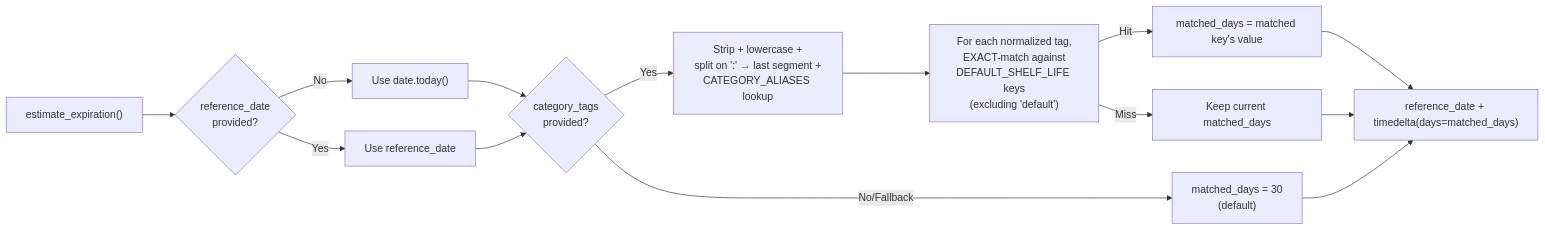
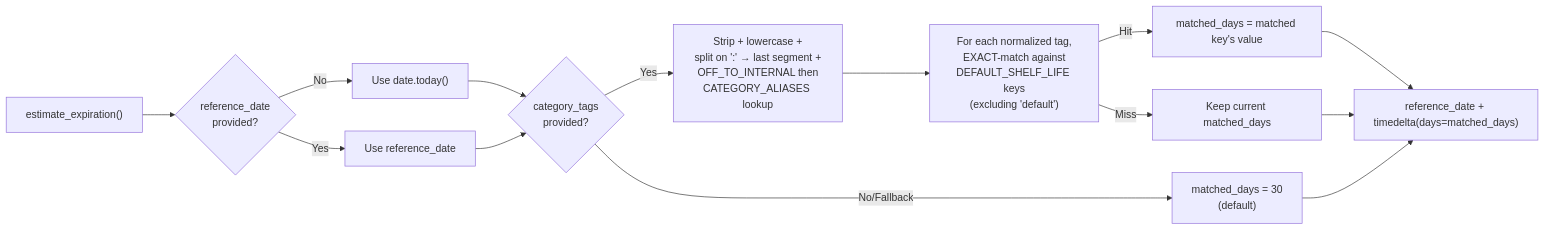
Before and after one commit to lorecanc/dispensapp: the diagram in wiki/modules/backend-service-expiration.md, drawn with Mermaid. The commit also changed other lines of this file and 33 other files, not shown here.

````diff
--- a/wiki/modules/backend-service-expiration.md
+++ b/wiki/modules/backend-service-expiration.md
@@ -54,16 +54,16 @@
 ```mermaid
 graph LR
     Start["estimate_expiration()"] --> RefDate{"reference_date<br>provided?"}
     RefDate -- No --> Today["Use date.today()"]
     RefDate -- Yes --> UseRef["Use reference_date"]
     Today --> Tags{"category_tags<br>provided?"}
     UseRef --> Tags
     Tags -- No/Fallback --> Default["matched_days = 30<br>(default)"]
-    Tags -- Yes --> Normalize["Strip + lowercase +<br>split on ':' → last segment +<br>CATEGORY_ALIASES lookup"]
+    Tags -- Yes --> Normalize["Strip + lowercase +<br>split on ':' → last segment +<br>OFF_TO_INTERNAL then<br>CATEGORY_ALIASES lookup"]
     Normalize --> Match["For each normalized tag,<br>EXACT-match against<br>DEFAULT_SHELF_LIFE keys<br/>(excluding 'default')"]
     Match -- Hit --> Override["matched_days = matched key's value"]
     Match -- Miss --> KeepDefault["Keep current matched_days"]
     Override --> Result["reference_date + timedelta(days=matched_days)"]
     KeepDefault --> Result
     Default --> Result
 ```
````
